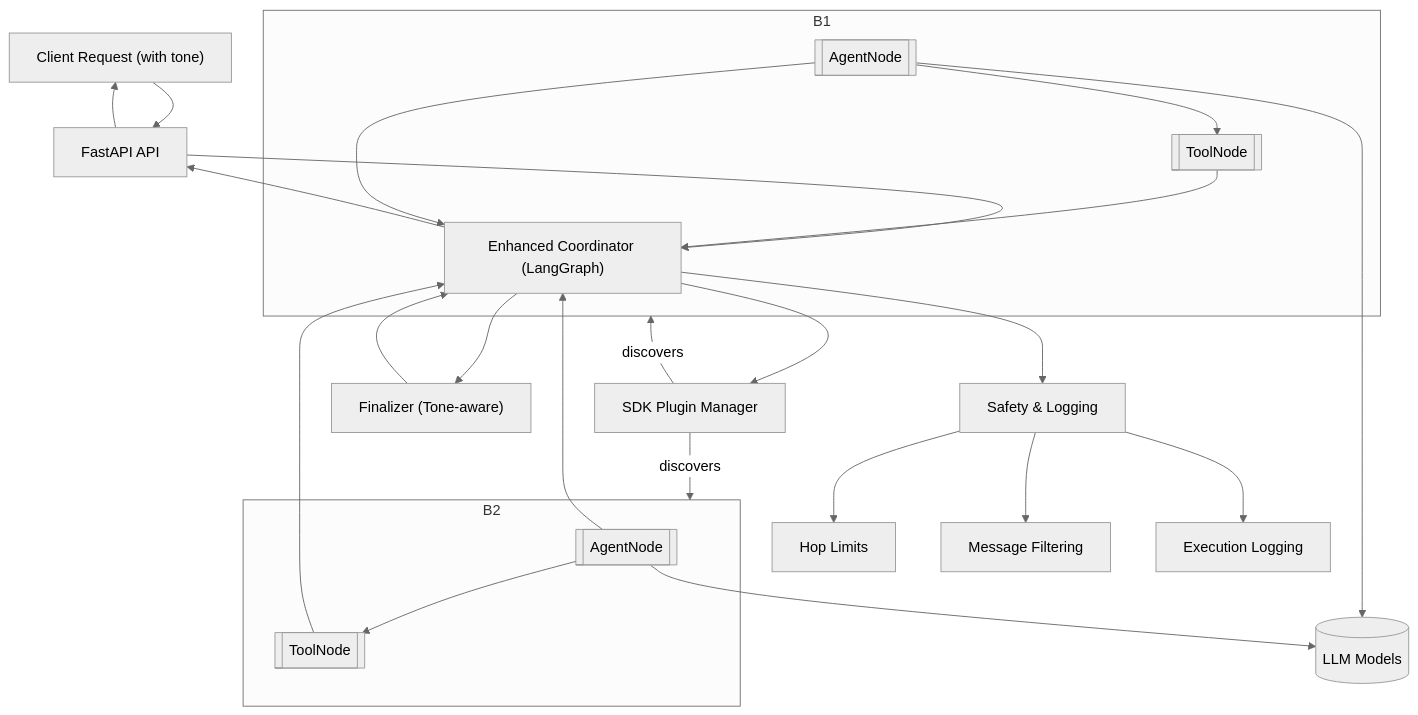
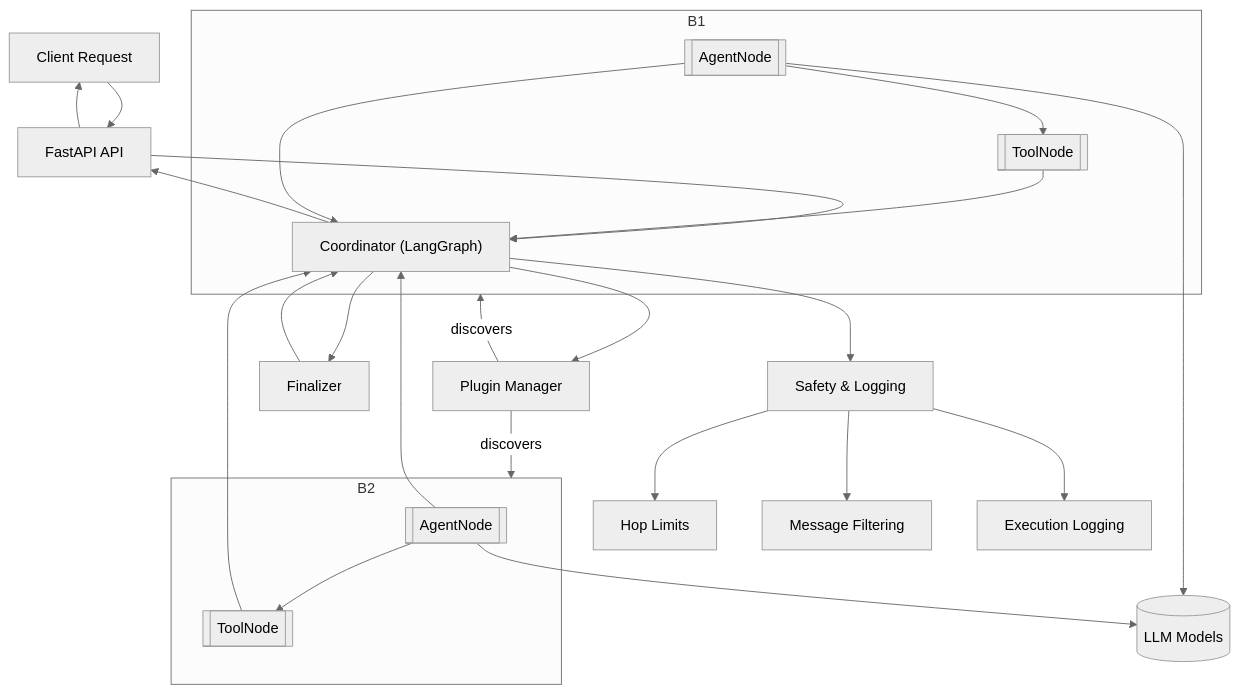
The diagram in docs/index.md (jonaskahn/cadence), drawn with Mermaid (neutral theme) before and after one commit. The commit also changed other lines of this file and 23 other files, not shown here.

````diff
--- a/docs/index.md
+++ b/docs/index.md
@@ -64,43 +65,39 @@
 ```mermaid
 flowchart TD
-    U["Client Request (with tone)"] --> API["FastAPI API"]
-    API --> COORD["Enhanced Coordinator (LangGraph)"]
-    COORD --> PM["SDK Plugin Manager"]
-    COORD --> F["Finalizer (Tone-aware)"]
+    U["Client Request"] --> API["FastAPI API"]
+    API --> COORD["Coordinator (LangGraph)"]
+    COORD --> PM["Plugin Manager"]
+    COORD --> F["Finalizer"]
     COORD --> SAFETY["Safety & Logging"]
 
     PM -->|discovers| B1["Plugin bundle: math_agent"]
     PM -->|discovers| B2["Plugin bundle: search_agent"]
 
     subgraph B1
       A1[[AgentNode]]
       T1[[ToolNode]]
       A1 --> T1
       T1 --> COORD
     end
 
     subgraph B2
       A2[[AgentNode]]
       T2[[ToolNode]]
       A2 --> T2
       T2 --> COORD
     end
 
-    %% Agent returns control to coordinator when not calling tools
     A1 --> COORD
     A2 --> COORD
 
-    %% LLM binding used inside AgentNode execution
     A1 --> LLM[("LLM Models")]
     A2 --> LLM
 
-    %% Safety mechanisms
     SAFETY --> HOP["Hop Limits"]
     SAFETY --> FILTER["Message Filtering"]
     SAFETY --> LOG["Execution Logging"]
 
-    %% Finalizer handles tone-adapted responses
     F --> COORD
     COORD --> API
     API --> U
 ```
````
